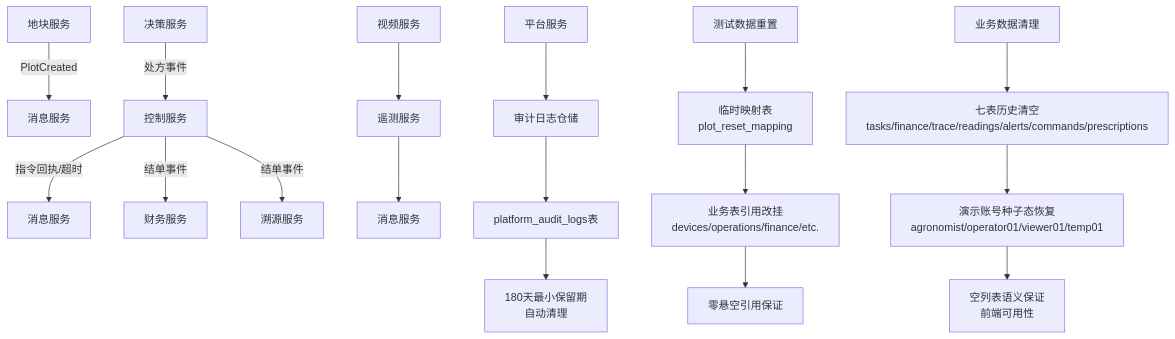
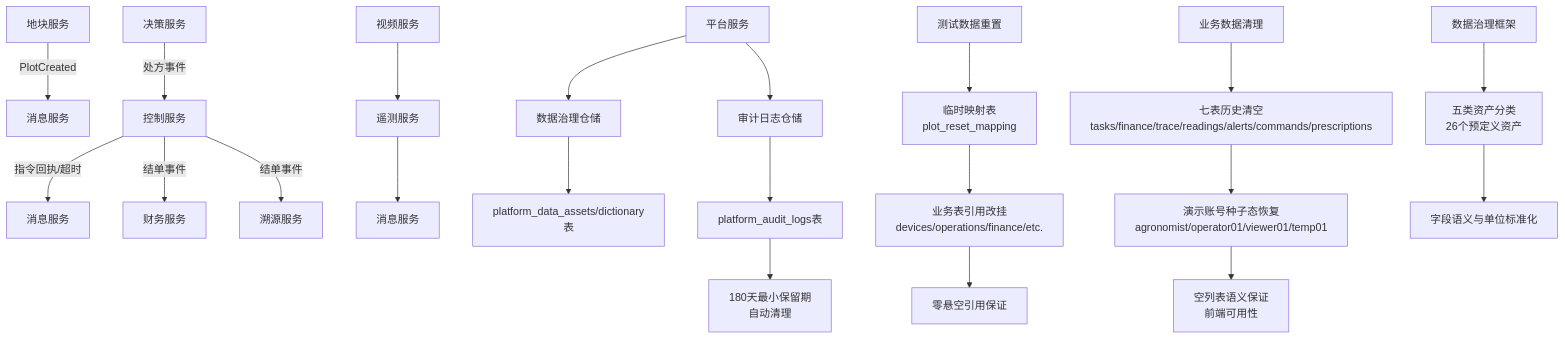
Before and after one commit to q446328246/agri-platform: the fourth of 4 diagrams in .qoder/repowiki/zh/content/项目概述/平台功能清单.md, drawn with Mermaid. The commit also changed other lines of this file and 47 other files, not shown here.

````diff
--- a/.qoder/repowiki/zh/content/项目概述/平台功能清单.md
+++ b/.qoder/repowiki/zh/content/项目概述/平台功能清单.md
@@ -414,19 +510,23 @@
 ```mermaid
 flowchart TD
 A["地块服务"] --> |PlotCreated| B["消息服务"]
 C["决策服务"] --> |处方事件| D["控制服务"]
 D --> |指令回执/超时| E["消息服务"]
 D --> |结单事件| F["财务服务"]
 D --> |结单事件| G["溯源服务"]
 H["视频服务"] --> I["遥测服务"]
 I --> J["消息服务"]
-K["平台服务"] --> L["审计日志仓储"]
-L --> M["platform_audit_logs表"]
-M --> N["180天最小保留期<br/>自动清理"]
-O["测试数据重置"] --> P["临时映射表<br/>plot_reset_mapping"]
-P --> Q["业务表引用改挂<br/>devices/operations/finance/etc."]
-Q --> R["零悬空引用保证"]
-S["业务数据清理"] --> T["七表历史清空<br/>tasks/finance/trace/readings/alerts/commands/prescriptions"]
-T --> U["演示账号种子态恢复<br/>agronomist/operator01/viewer01/temp01"]
-U --> V["空列表语义保证<br/>前端可用性"]
+K["平台服务"] --> L["数据治理仓储"]
+L --> M["platform_data_assets/dictionary表"]
+K --> N["审计日志仓储"]
+N --> O["platform_audit_logs表"]
+O --> P["180天最小保留期<br/>自动清理"]
+Q["测试数据重置"] --> R["临时映射表<br/>plot_reset_mapping"]
+R --> S["业务表引用改挂<br/>devices/operations/finance/etc."]
+S --> T["零悬空引用保证"]
+U["业务数据清理"] --> V["七表历史清空<br/>tasks/finance/trace/readings/alerts/commands/prescriptions"]
+V --> W["演示账号种子态恢复<br/>agronomist/operator01/viewer01/temp01"]
+W --> X["空列表语义保证<br/>前端可用性"]
+Y["数据治理框架"] --> Z["五类资产分类<br/>26个预定义资产"]
+Z --> AA["字段语义与单位标准化"]
 ```
````
